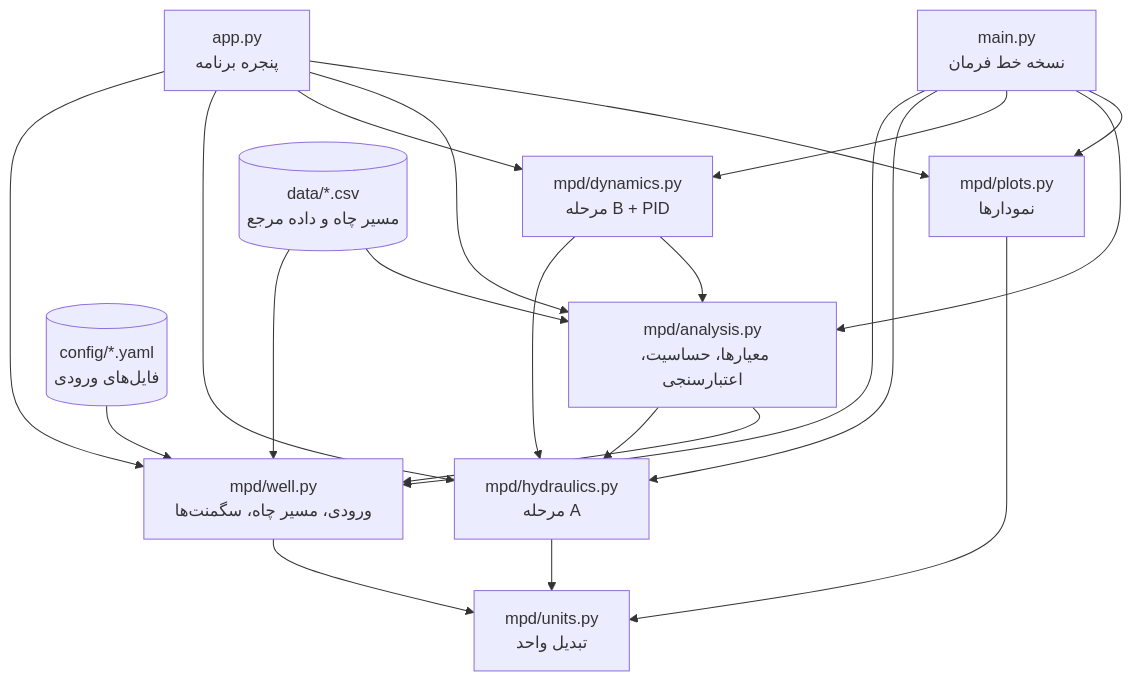
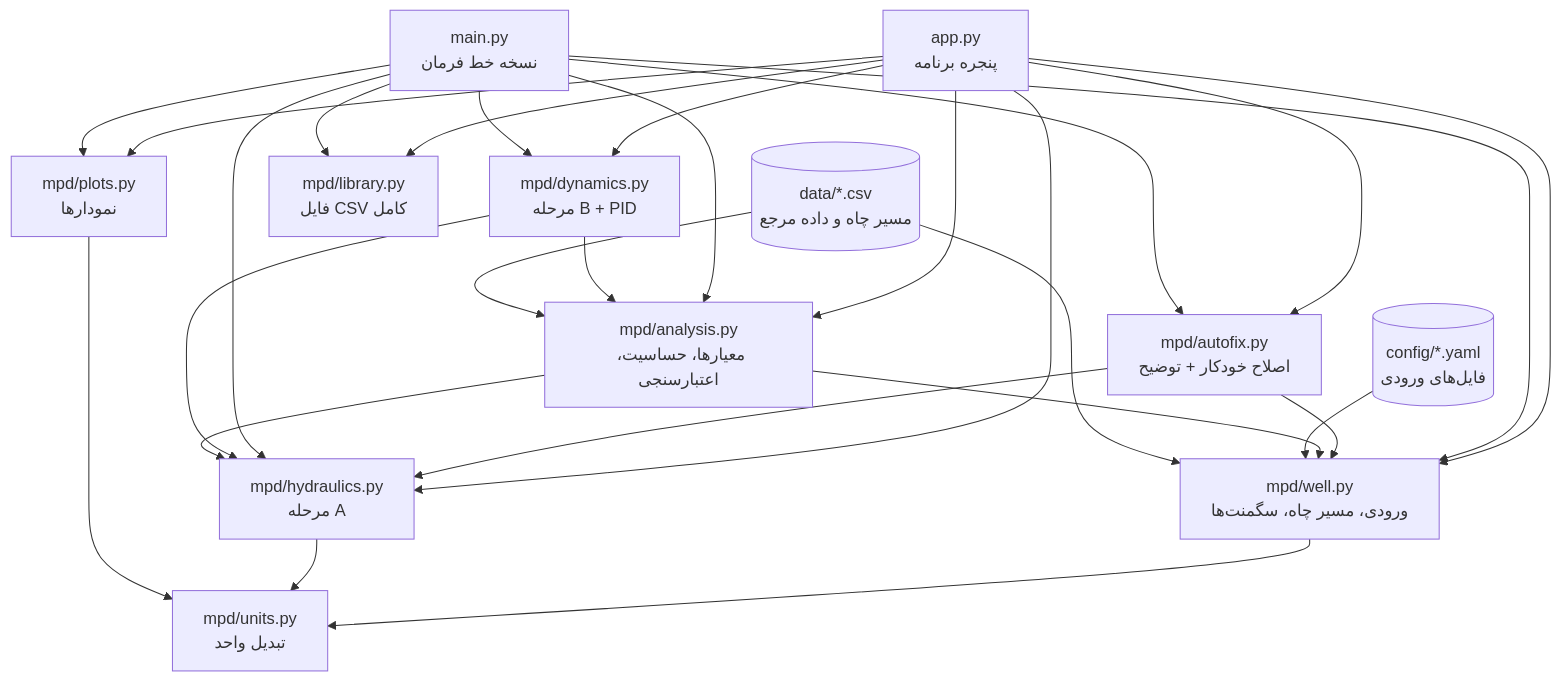
Before and after one commit to amirm8170/sepehr-py: the third of 10 diagrams in README_FA.md, drawn with Mermaid. The commit also changed other lines of this file and 9 other files, not shown here.

````diff
--- a/README_FA.md
+++ b/README_FA.md
@@ -145,23 +147,29 @@
 ```mermaid
 flowchart TD
     APP["app.py<br/>پنجره برنامه"] --> WELL
     MAIN["main.py<br/>نسخه خط فرمان"] --> WELL
     APP --> HYD
     APP --> DYN
     APP --> ANA
     APP --> PLT
+    APP --> LIB["mpd/library.py<br/>فایل CSV کامل"]
+    APP --> TGT["mpd/autofix.py<br/>اصلاح خودکار + توضیح"]
+    TGT --> HYD
+    TGT --> WELL
+    MAIN --> LIB
+    MAIN --> TGT
     MAIN --> HYD
     MAIN --> DYN
     MAIN --> ANA
     MAIN --> PLT
     WELL["mpd/well.py<br/>ورودی، مسیر چاه، سگمنت‌ها"] --> UNITS["mpd/units.py<br/>تبدیل واحد"]
     HYD["mpd/hydraulics.py<br/>مرحله A"] --> UNITS
     DYN["mpd/dynamics.py<br/>مرحله B + PID"] --> HYD
     DYN --> ANA
     ANA["mpd/analysis.py<br/>معیارها، حساسیت، اعتبارسنجی"] --> HYD
     ANA --> WELL
     PLT["mpd/plots.py<br/>نمودارها"] --> UNITS
     CFG[("config/*.yaml<br/>فایل‌های ورودی")] --> WELL
     DATA[("data/*.csv<br/>مسیر چاه و داده مرجع")] --> WELL
     DATA --> ANA
 ```
````
